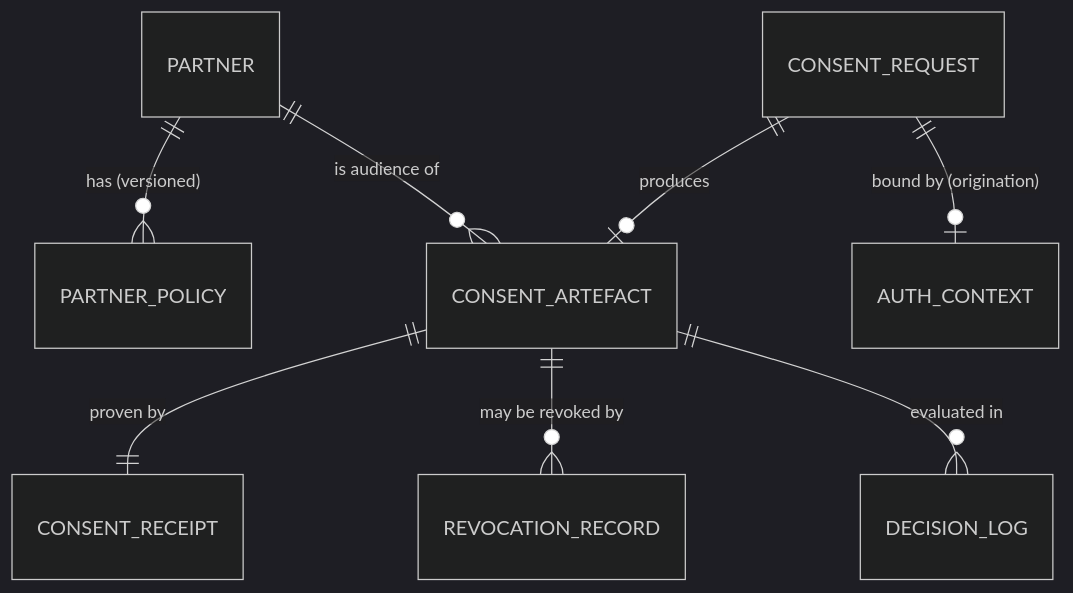
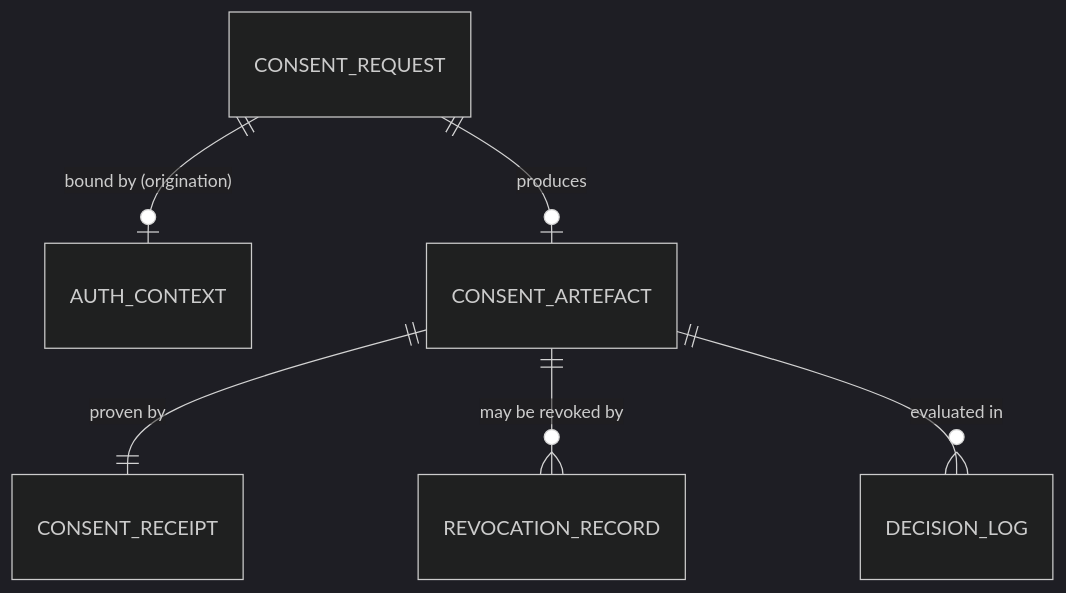
The diagram in consent-management/design/data-model.md (OpenG2P/openg2p-documentation), drawn with Mermaid (dark theme) before and after one commit. The commit also changed other lines of this file and 74 other files, not shown here.

````diff
--- a/consent-management/design/data-model.md
+++ b/consent-management/design/data-model.md
@@ -21,10 +24,8 @@
 ```mermaid
 erDiagram
-  PARTNER ||--o{ PARTNER_POLICY : "has (versioned)"
-  PARTNER ||--o{ CONSENT_ARTEFACT : "is audience of"
   CONSENT_REQUEST ||--o| AUTH_CONTEXT : "bound by (origination)"
   CONSENT_REQUEST ||--o| CONSENT_ARTEFACT : produces
   CONSENT_ARTEFACT ||--|| CONSENT_RECEIPT : "proven by"
   CONSENT_ARTEFACT ||--o{ REVOCATION_RECORD : "may be revoked by"
   CONSENT_ARTEFACT ||--o{ DECISION_LOG : "evaluated in"
 ```
````
